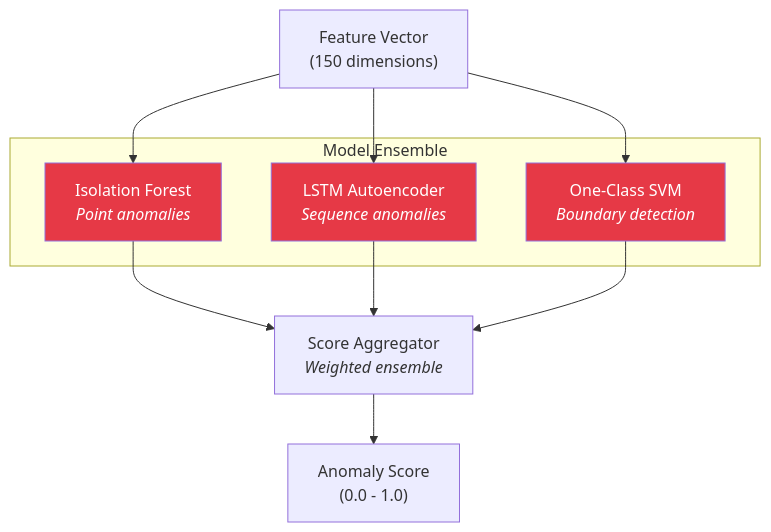
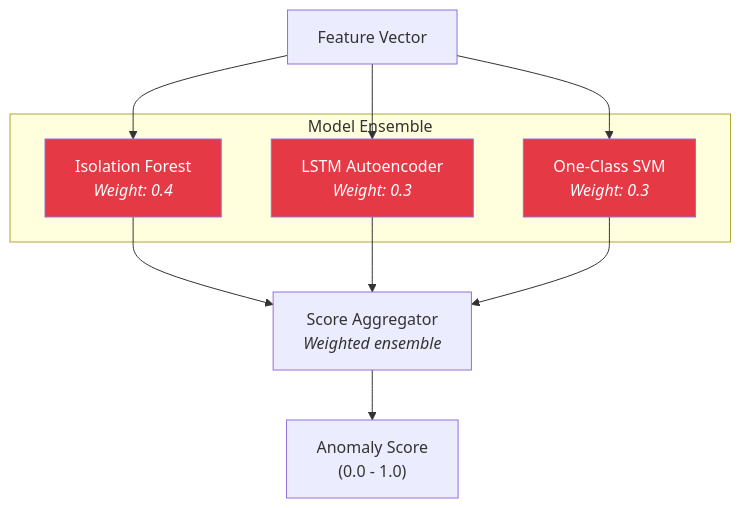
Before and after one commit to caverac/ics-anomaly-detection: the second of 2 diagrams in packages/docs/docs/architecture/containers.md, drawn with Mermaid. The commit also changed other lines of this file and 35 other files, not shown here.

````diff
--- a/packages/docs/docs/architecture/containers.md
+++ b/packages/docs/docs/architecture/containers.md
@@ -224,26 +188,26 @@
 ```mermaid
 flowchart TB
-    INPUT["Feature Vector<br/>(150 dimensions)"]
+    INPUT["Feature Vector"]
 
     subgraph Ensemble["Model Ensemble"]
-        M1["Isolation Forest<br/><i>Point anomalies</i>"]
-        M2["LSTM Autoencoder<br/><i>Sequence anomalies</i>"]
-        M3["One-Class SVM<br/><i>Boundary detection</i>"]
+        M1["Isolation Forest<br/><i>Weight: 0.4</i>"]
+        M2["LSTM Autoencoder<br/><i>Weight: 0.3</i>"]
+        M3["One-Class SVM<br/><i>Weight: 0.3</i>"]
     end
 
     AGG["Score Aggregator<br/><i>Weighted ensemble</i>"]
 
     OUTPUT["Anomaly Score<br/>(0.0 - 1.0)"]
 
     INPUT --> M1
     INPUT --> M2
     INPUT --> M3
     M1 --> AGG
     M2 --> AGG
     M3 --> AGG
     AGG --> OUTPUT
 
     style M1 fill:#e63946,color:#fff
     style M2 fill:#e63946,color:#fff
     style M3 fill:#e63946,color:#fff
 ```
````
